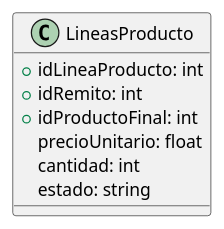
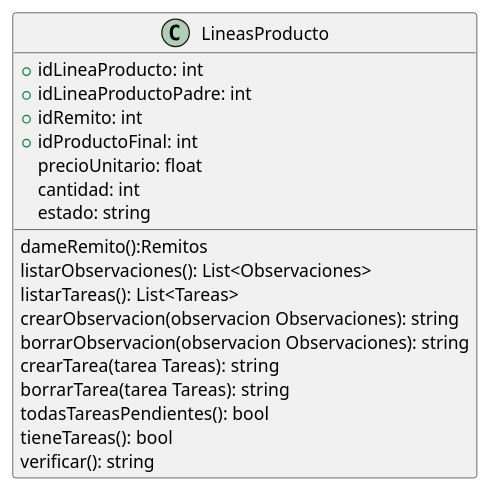
The diagram in DiagramaClases/Clases/LineasProducto.puml (ZMGestion/DocumentacionZMGestion), drawn with PlantUML before and after one commit. The commit also changed 7 other files, not shown here.

```diff
--- a/DiagramaClases/Clases/LineasProducto.puml
+++ b/DiagramaClases/Clases/LineasProducto.puml
@@ -1,10 +1,22 @@
 @startuml LineasProducto
 class LineasProducto{
     +idLineaProducto: int
+    +idLineaProductoPadre: int
     +idRemito: int
     +idProductoFinal: int
     precioUnitario: float
     cantidad: int
     estado: string
+
+    dameRemito():Remitos
+    listarObservaciones(): List<Observaciones>
+    listarTareas(): List<Tareas>
+    crearObservacion(observacion Observaciones): string
+    borrarObservacion(observacion Observaciones): string
+    crearTarea(tarea Tareas): string
+    borrarTarea(tarea Tareas): string
+    todasTareasPendientes(): bool
+    tieneTareas(): bool
+    verificar(): string
 }
 @enduml
```
